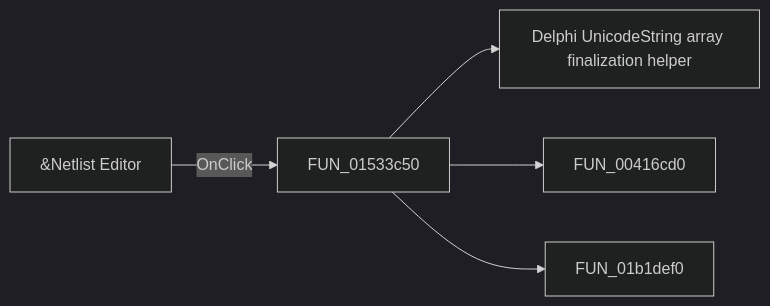
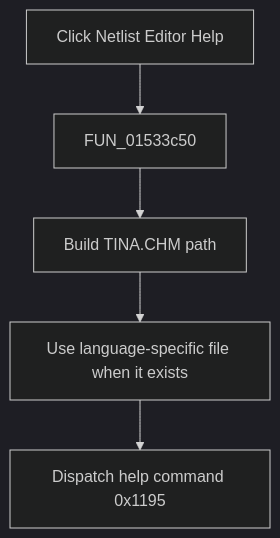
Before and after one commit to MovGP0/TIARA: the diagram in docs/ui-controls/netlisteditor/minetlisteditor-6662d484db.md, drawn with Mermaid (dark theme). The commit also changed other lines of this file and 1062 other files, not shown here.

````diff
--- a/docs/ui-controls/netlisteditor/minetlisteditor-6662d484db.md
+++ b/docs/ui-controls/netlisteditor/minetlisteditor-6662d484db.md
@@ -27,7 +29,7 @@
 ```mermaid
-flowchart LR
-    control["&Netlist Editor"] -->|OnClick| handler["FUN_01533c50"]
-    handler --> call1["Delphi UnicodeString array finalization helper"]
-    handler --> call2["FUN_00416cd0"]
-    handler --> call3["FUN_01b1def0"]
+flowchart TD
+    control["Click Netlist Editor Help"] --> handler["FUN_01533c50"]
+    handler --> path["Build TINA.CHM path"]
+    path --> localized["Use language-specific file when it exists"]
+    localized --> help["Dispatch help command 0x1195"]
 ```
````
